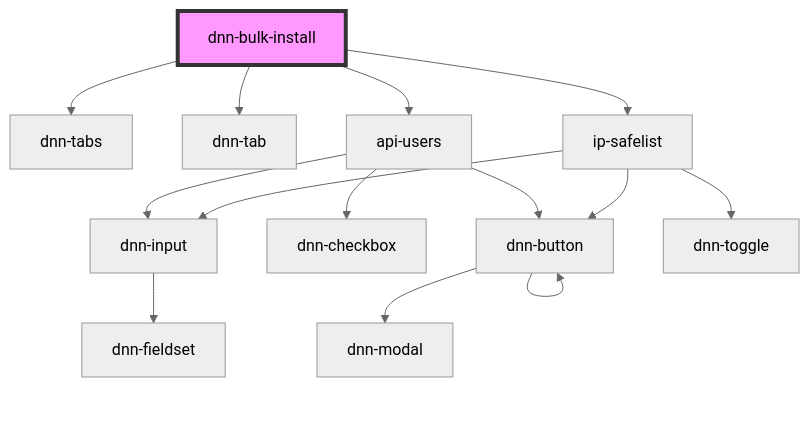
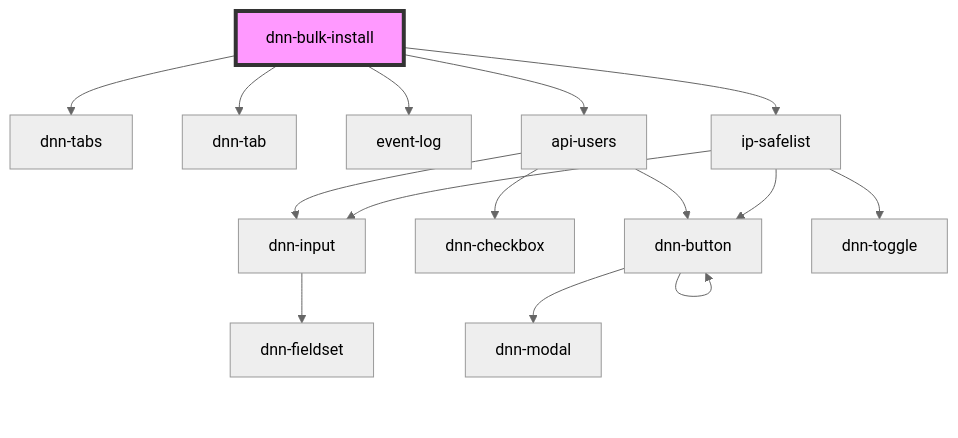
Before and after one commit to dnnsoftware/Dnn.Platform: the diagram in DNN Platform/Modules/BulkInstall/BulkInstall.Web/src/components/dnn-bulk-install/readme.md, drawn with Mermaid (neutral theme). The commit also changed other lines of this file and 8 other files, not shown here.

Commit message:
Bulk Install: Implemented initial UI for Event Logs

````diff
--- a/DNN Platform/Modules/BulkInstall/BulkInstall.Web/src/components/dnn-bulk-install/readme.md
+++ b/DNN Platform/Modules/BulkInstall/BulkInstall.Web/src/components/dnn-bulk-install/readme.md
@@ -18,17 +19,18 @@
 ```mermaid
 graph TD;
   dnn-bulk-install --> dnn-tabs
   dnn-bulk-install --> dnn-tab
+  dnn-bulk-install --> event-log
   dnn-bulk-install --> api-users
   dnn-bulk-install --> ip-safelist
   api-users --> dnn-input
   api-users --> dnn-checkbox
   api-users --> dnn-button
   dnn-input --> dnn-fieldset
   dnn-button --> dnn-modal
   dnn-button --> dnn-button
   ip-safelist --> dnn-input
   ip-safelist --> dnn-button
   ip-safelist --> dnn-toggle
   style dnn-bulk-install fill:#f9f,stroke:#333,stroke-width:4px
 ```
````
